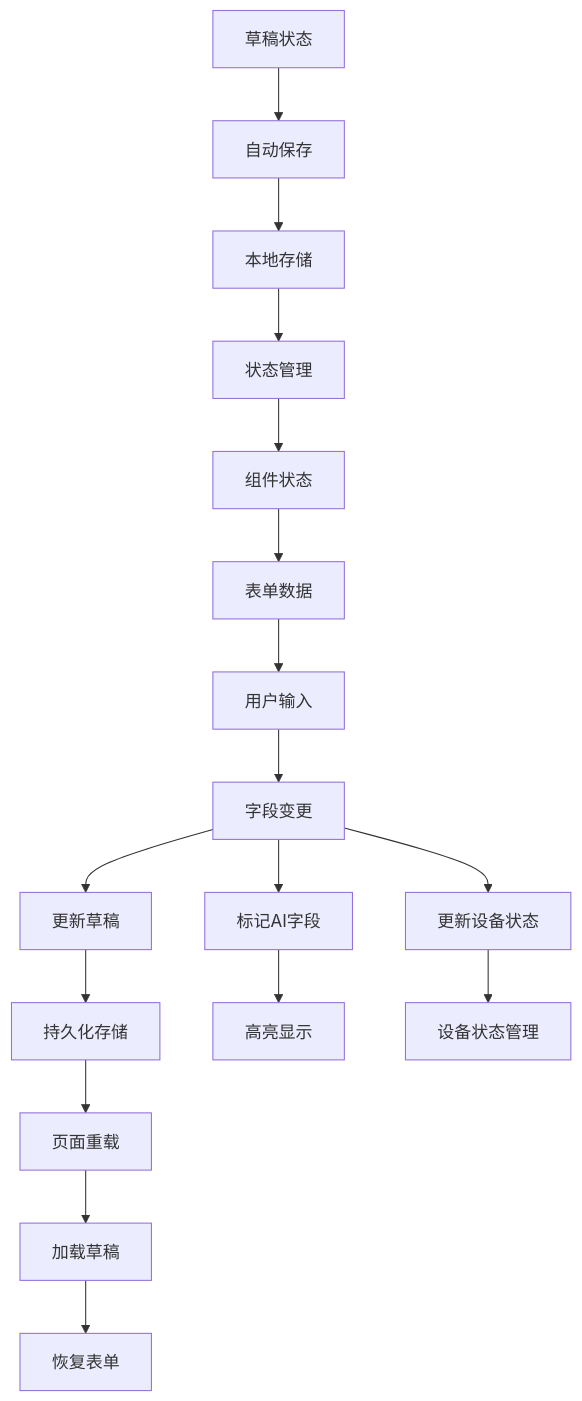
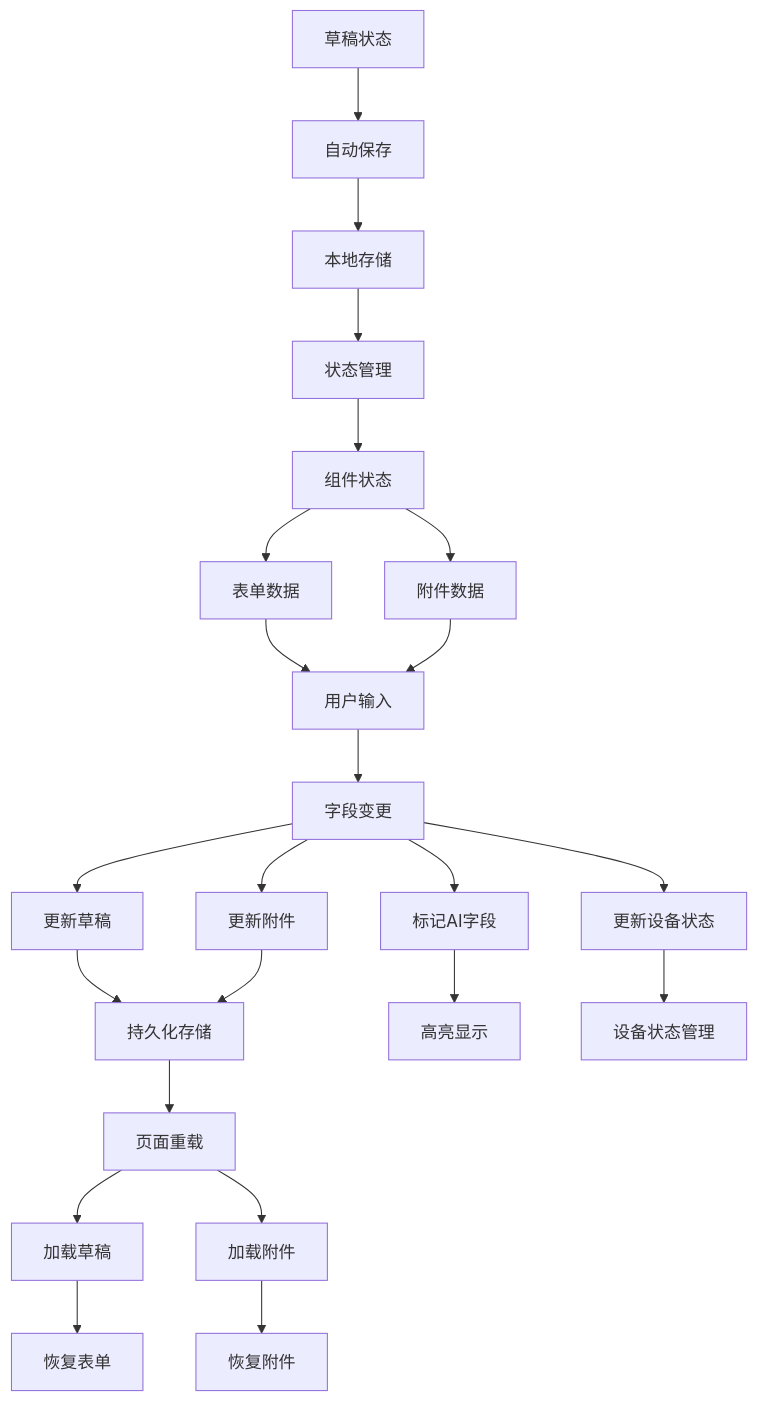
Diagram 19 of 44 in .qoder/repowiki/zh/content/TicketCreationModal 工单创建模态框.md (CubeEdge/Longhorn), drawn with Mermaid before and after one commit. The commit also changed other lines of this file and 118 other files, not shown here.

````diff
--- a/.qoder/repowiki/zh/content/TicketCreationModal 工单创建模态框.md
+++ b/.qoder/repowiki/zh/content/TicketCreationModal 工单创建模态框.md
@@ -1020,19 +1155,25 @@
 ```mermaid
 flowchart TD
 Draft[草稿状态] --> AutoSave[自动保存]
 AutoSave --> LocalStorage[本地存储]
 LocalStorage --> Zustand[状态管理]
 Zustand --> Component[组件状态]
 Component --> Form[表单数据]
+Component --> Attachments[附件数据]
 Form --> UserInput[用户输入]
+Attachments --> UserInput
 UserInput --> FieldChange[字段变更]
 FieldChange --> UpdateDraft[更新草稿]
+FieldChange --> UpdateAttachments[更新附件]
 UpdateDraft --> Persist[持久化存储]
+UpdateAttachments --> Persist
 Persist --> Reload[页面重载]
 Reload --> LoadDraft[加载草稿]
+Reload --> LoadAttachments[加载附件]
 LoadDraft --> RestoreForm[恢复表单]
+LoadAttachments --> RestoreAttachments[恢复附件]
 FieldChange --> MarkGhost[标记AI字段]
 MarkGhost --> GhostFields[高亮显示]
 FieldChange --> UpdateDevice[更新设备状态]
 UpdateDevice --> DeviceState[设备状态管理]
 ```
````
